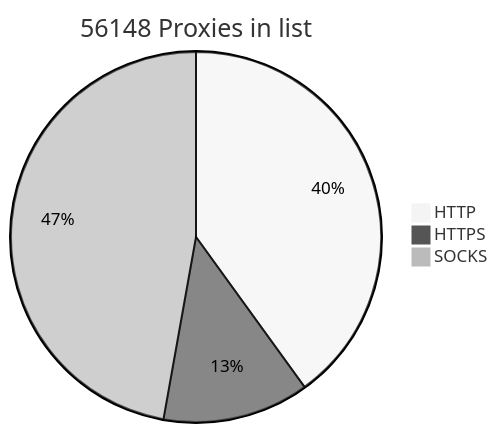
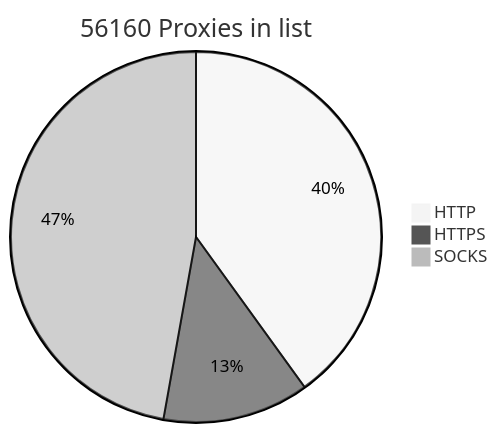
The diagram in README.md (BlackSnowDot/proxylist-update-every-minute), drawn with Mermaid (neutral theme) before and after one commit.

````diff
--- a/README.md
+++ b/README.md
@@ -2,6 +2,6 @@
 ```mermaid
-pie title 56148 Proxies in list
-    "HTTP" : 25215
-    "HTTPS": 8053
-    "SOCKS" : 29723
+pie title 56160 Proxies in list
+    "HTTP" : 25224
+    "HTTPS": 8055
+    "SOCKS" : 29727
 ```
````
